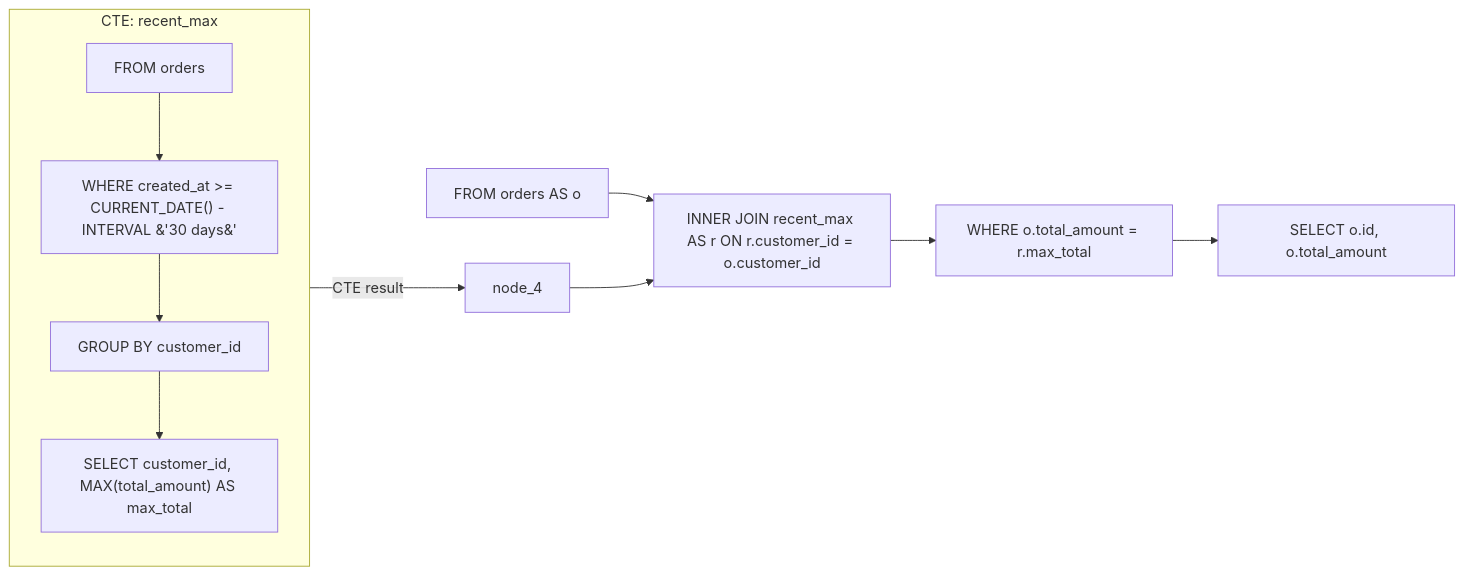
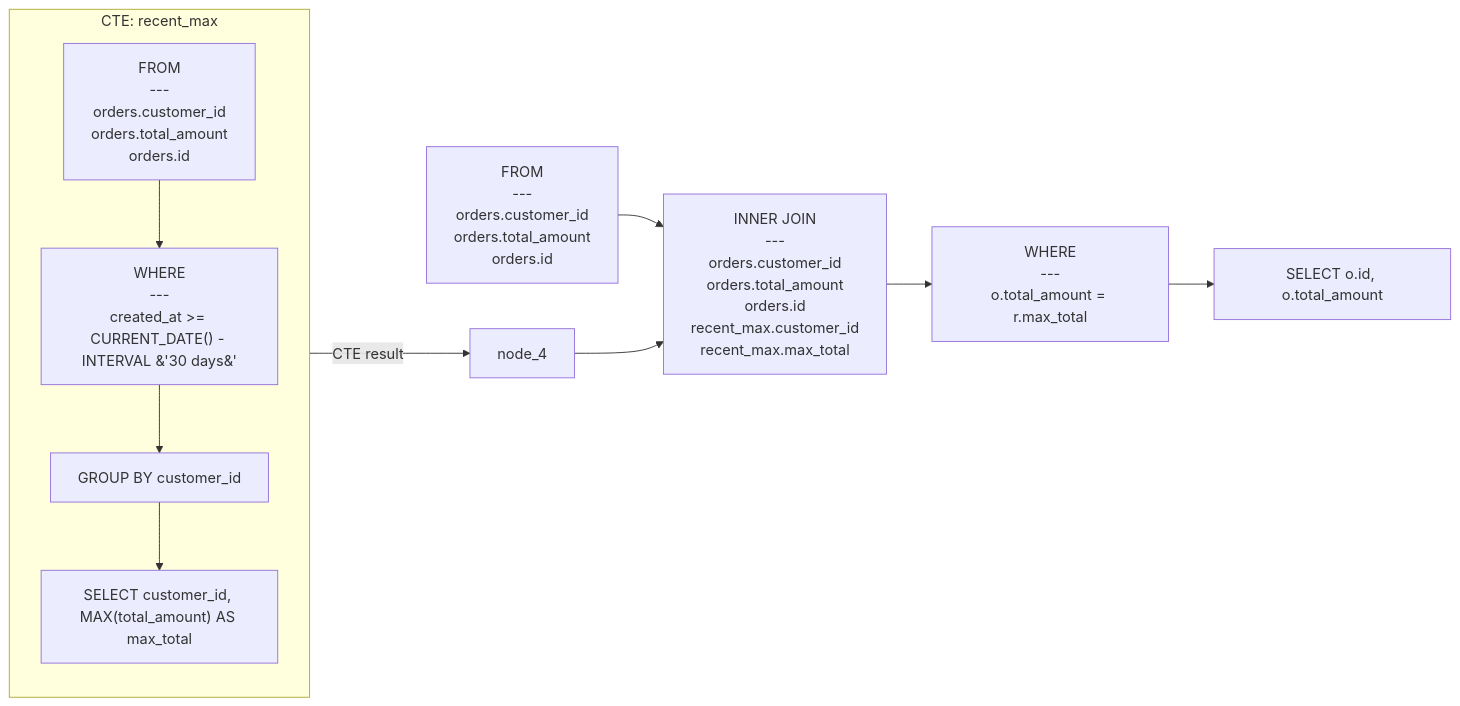
Before and after one commit to rot1024/sqloflow: the diagram in examples/cte_with_join.mmd, drawn with Mermaid. The commit also changed 21 other files, not shown here.

Commit message:
feat: improve mermaid renderer

```diff
--- a/examples/cte_with_join.mmd
+++ b/examples/cte_with_join.mmd
@@ -1,21 +1,21 @@
 flowchart LR
     subgraph cte_recent_max [CTE: recent_max]
         direction TB
         node_3["SELECT customer_id, MAX(total_amount) AS max_total"]
         node_2["GROUP BY customer_id"]
-        node_1["WHERE created_at &gt;= CURRENT_DATE() - INTERVAL &#39;30 days&#39;"]
-        node_0[FROM orders]
+        node_1["WHERE<br/>---<br/>created_at &gt;= CURRENT_DATE() - INTERVAL &#39;30 days&#39;"]
+        node_0["FROM<br/>---<br/>orders.customer_id<br/>orders.total_amount<br/>orders.id"]
         node_0 --> node_1
         node_1 --> node_2
         node_2 --> node_3
     end
 
-    node_5[FROM orders AS o]
-    node_6["INNER JOIN recent_max AS r ON r.customer_id = o.customer_id"]
-    node_7["WHERE o.total_amount = r.max_total"]
+    node_5["FROM<br/>---<br/>orders.customer_id<br/>orders.total_amount<br/>orders.id"]
+    node_6["INNER JOIN<br/>---<br/>orders.customer_id<br/>orders.total_amount<br/>orders.id<br/>recent_max.customer_id<br/>recent_max.max_total"]
+    node_7["WHERE<br/>---<br/>o.total_amount = r.max_total"]
     node_8["SELECT o.id, o.total_amount"]
     node_3 -->|CTE result| node_4
     node_5 --> node_6
     node_4 --> node_6
     node_6 --> node_7
     node_7 --> node_8
```
